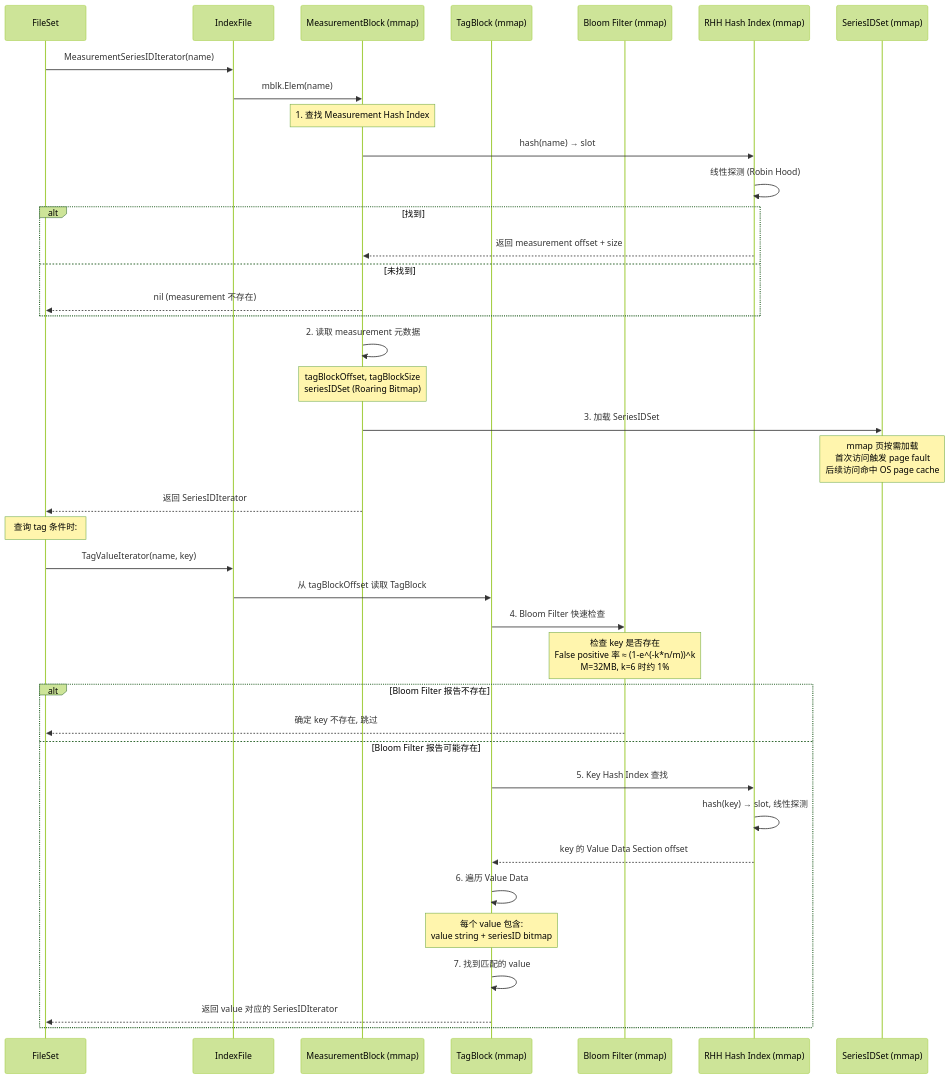
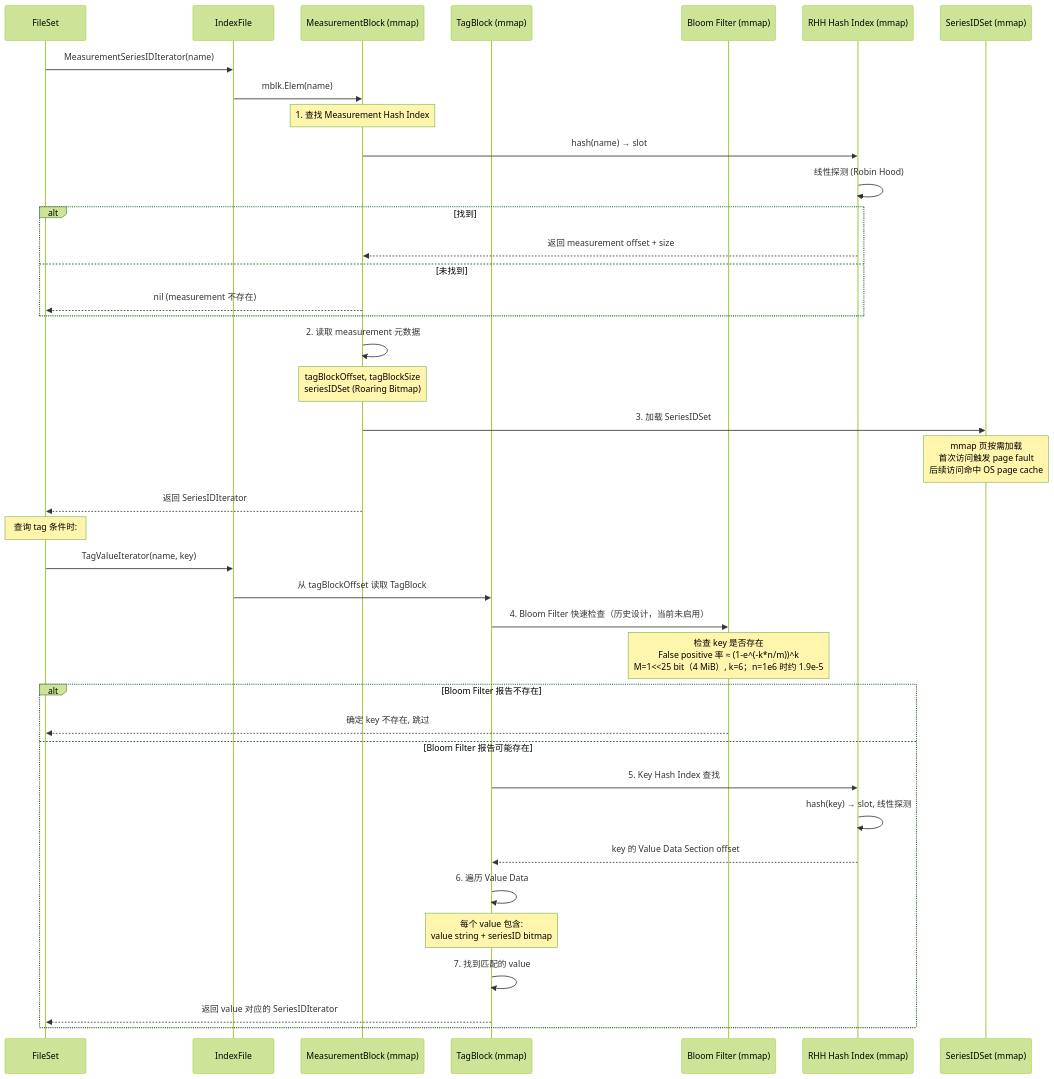
Before and after one commit to stefanv5/influxdb: the fifth of 16 diagrams in docs/specs/02_index_system_spec.md, drawn with Mermaid (forest theme). The commit also changed other lines of this file and 16 other files, not shown here.

First line of the commit message:
docs: correct and deepen the 17 architecture specs

````diff
--- a/docs/specs/02_index_system_spec.md
+++ b/docs/specs/02_index_system_spec.md
@@ -669,49 +936,49 @@
 ```mermaid
 sequenceDiagram
     participant Caller as FileSet
     participant IF as IndexFile
     participant MB as MeasurementBlock (mmap)
     participant TB as TagBlock (mmap)
     participant BF as Bloom Filter (mmap)
     participant RHH as RHH Hash Index (mmap)
     participant Series as SeriesIDSet (mmap)
 
     Caller->>IF: MeasurementSeriesIDIterator(name)
     IF->>MB: mblk.Elem(name)
 
     Note over MB: 1. 查找 Measurement Hash Index
     MB->>RHH: hash(name) → slot
     RHH->>RHH: 线性探测 (Robin Hood)
     alt 找到
         RHH-->>MB: 返回 measurement offset + size
     else 未找到
         MB-->>Caller: nil (measurement 不存在)
     end
 
     MB->>MB: 2. 读取 measurement 元数据
     Note over MB: tagBlockOffset, tagBlockSize<br>seriesIDSet (Roaring Bitmap)
 
     MB->>Series: 3. 加载 SeriesIDSet
     Note over Series: mmap 页按需加载<br>首次访问触发 page fault<br>后续访问命中 OS page cache
 
     MB-->>Caller: 返回 SeriesIDIterator
 
     Note over Caller: 查询 tag 条件时:
     Caller->>IF: TagValueIterator(name, key)
     IF->>TB: 从 tagBlockOffset 读取 TagBlock
 
-    TB->>BF: 4. Bloom Filter 快速检查
-    Note over BF: 检查 key 是否存在<br>False positive 率 ≈ (1-e^(-k*n/m))^k<br>M=32MB, k=6 时约 1%
+    TB->>BF: 4. Bloom Filter 快速检查（历史设计，当前未启用）
+    Note over BF: 检查 key 是否存在<br>False positive 率 ≈ (1-e^(-k*n/m))^k<br>M=1<<25 bit（4 MiB）, k=6；n=1e6 时约 1.9e-5
     alt Bloom Filter 报告不存在
         BF-->>Caller: 确定 key 不存在, 跳过
     else Bloom Filter 报告可能存在
         TB->>RHH: 5. Key Hash Index 查找
         RHH->>RHH: hash(key) → slot, 线性探测
         RHH-->>TB: key 的 Value Data Section offset
 
         TB->>TB: 6. 遍历 Value Data
         Note over TB: 每个 value 包含:<br>value string + seriesID bitmap
         TB->>TB: 7. 找到匹配的 value
         TB-->>Caller: 返回 value 对应的 SeriesIDIterator
     end
 ```
````
